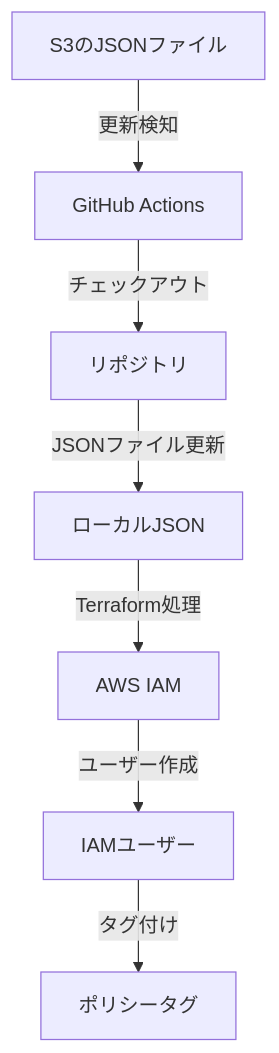
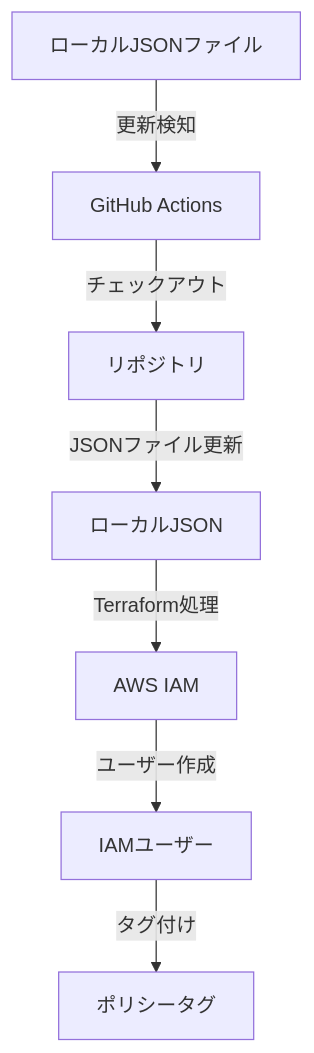
One commit to ssssssssei/terraform-iamusers-from-json changed the first of 4 diagrams in README.md. Above: the diagram before and after it, drawn with Mermaid. The commit also changed other lines of this file, not shown here.

````diff
--- a/README.md
+++ b/README.md
@@ -7,9 +7,9 @@
 ```mermaid
 flowchart TD
-    A[S3のJSONファイル] -->|更新検知| B[GitHub Actions]
+    A[ローカルJSONファイル] -->|更新検知| B[GitHub Actions]
     B -->|チェックアウト| C[リポジトリ]
     C -->|JSONファイル更新| D[ローカルJSON]
     D -->|Terraform処理| E[AWS IAM]
     E -->|ユーザー作成| F[IAMユーザー]
     F -->|タグ付け| G[ポリシータグ]
 ```
````
